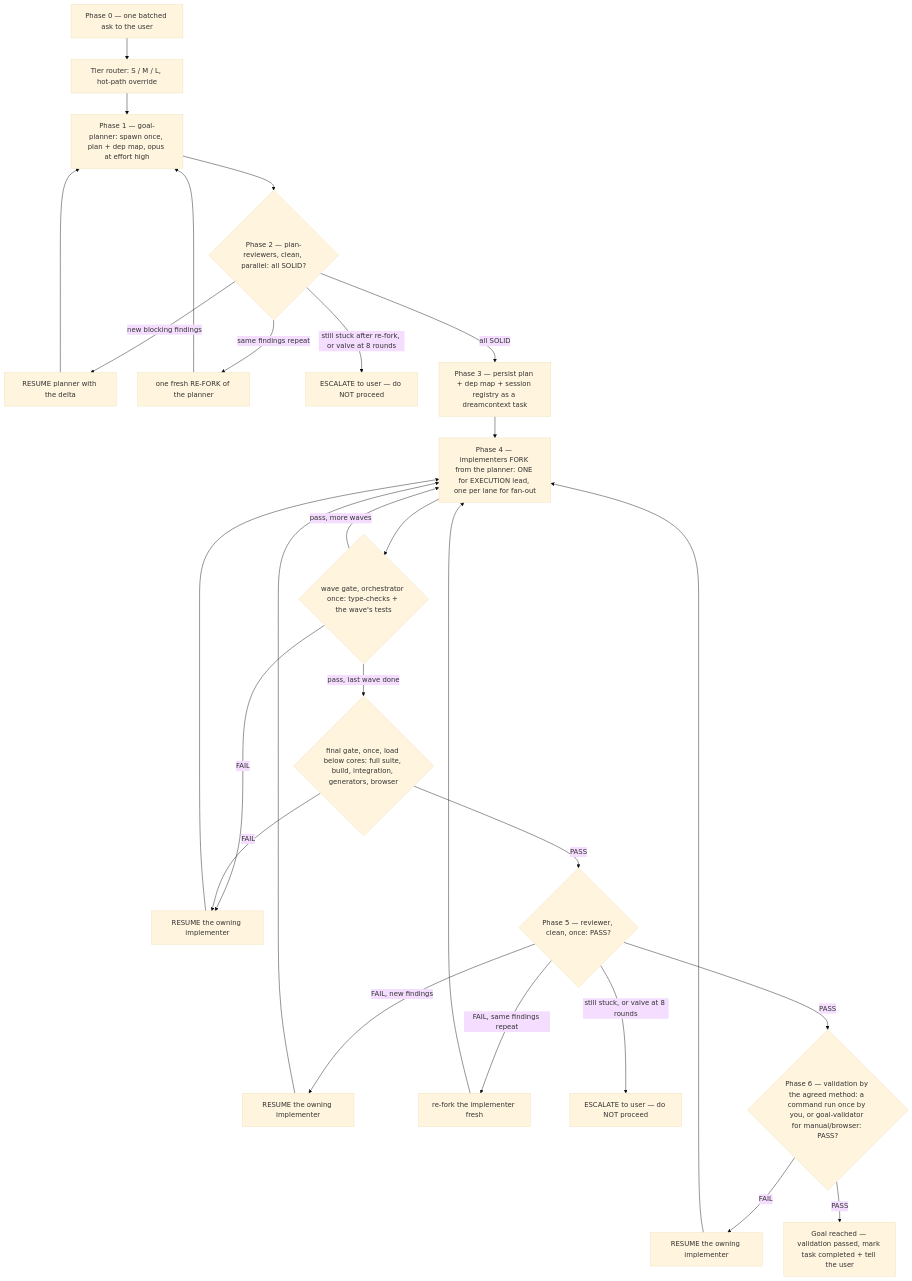
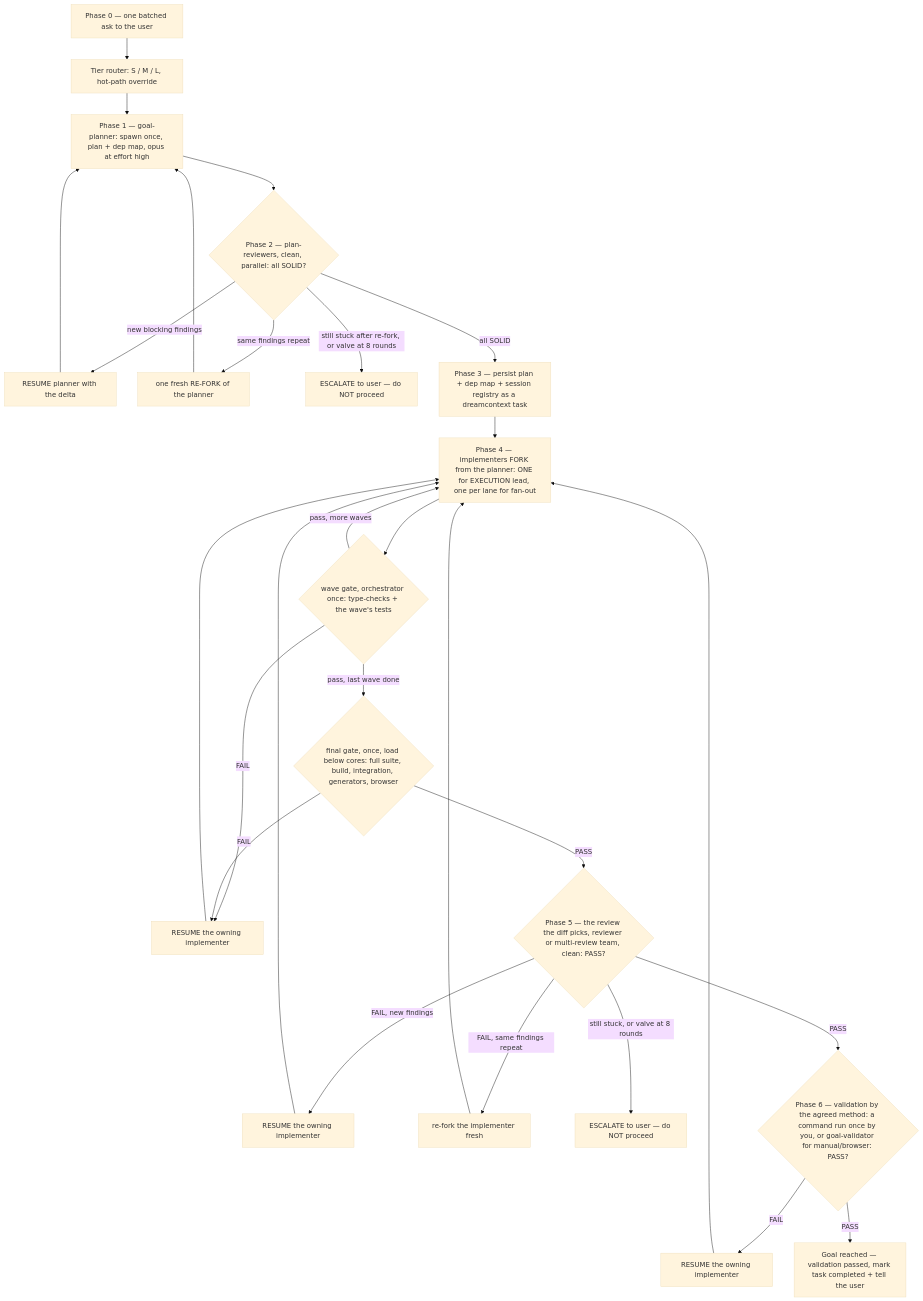
One commit to meanllbrl/dreamcontext changed the diagram in skill-packs/goal-skill/SKILL.md. Above: the diagram before and after it, drawn with Mermaid (base theme). The commit also changed other lines of this file and 17 other files, not shown here.

````diff
--- a/skill-packs/goal-skill/SKILL.md
+++ b/skill-packs/goal-skill/SKILL.md
@@ -243,29 +243,29 @@
 ```mermaid
 flowchart TD
     P0[Phase 0 — one batched ask to the user] --> PT[Tier router: S / M / L, hot-path override]
     PT --> P1[Phase 1 — goal-planner: spawn once, plan + dep map, opus at effort high]
     P1 --> P2{Phase 2 — plan-reviewers, clean, parallel: all SOLID?}
     P2 -->|new blocking findings| R1[RESUME planner with the delta]
     R1 --> P1
     P2 -->|same findings repeat| RF1[one fresh RE-FORK of the planner]
     RF1 --> P1
     P2 -->|still stuck after re-fork, or valve at 8 rounds| ESC1[ESCALATE to user — do NOT proceed]
     P2 -->|all SOLID| P3[Phase 3 — persist plan + dep map + session registry as a dreamcontext task]
     P3 --> P4[Phase 4 — implementers FORK from the planner: ONE for EXECUTION lead, one per lane for fan-out]
     P4 --> GATE{wave gate, orchestrator once: type-checks + the wave's tests}
     GATE -->|FAIL| R2[RESUME the owning implementer]
     R2 --> P4
     GATE -->|pass, more waves| P4
     GATE -->|pass, last wave done| FG{final gate, once, load below cores: full suite, build, integration, generators, browser}
     FG -->|FAIL| R2
-    FG -->|PASS| P5{Phase 5 — reviewer, clean, once: PASS?}
+    FG -->|PASS| P5{Phase 5 — the review the diff picks, reviewer or multi-review team, clean: PASS?}
     P5 -->|FAIL, new findings| R3[RESUME the owning implementer]
     R3 --> P4
     P5 -->|FAIL, same findings repeat| RF2[re-fork the implementer fresh]
     RF2 --> P4
     P5 -->|still stuck, or valve at 8 rounds| ESC2[ESCALATE to user — do NOT proceed]
     P5 -->|PASS| P6{Phase 6 — validation by the agreed method: a command run once by you, or goal-validator for manual/browser: PASS?}
     P6 -->|FAIL| R4[RESUME the owning implementer]
     R4 --> P4
     P6 -->|PASS| DONE[Goal reached — validation passed, mark task completed + tell the user]
 ```
````
